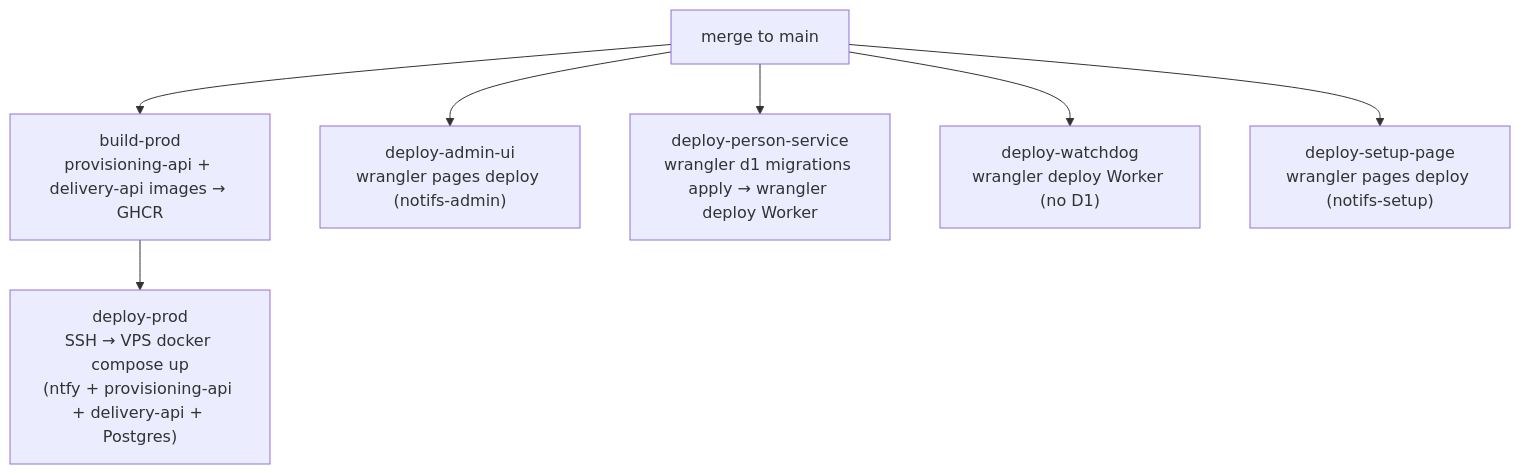
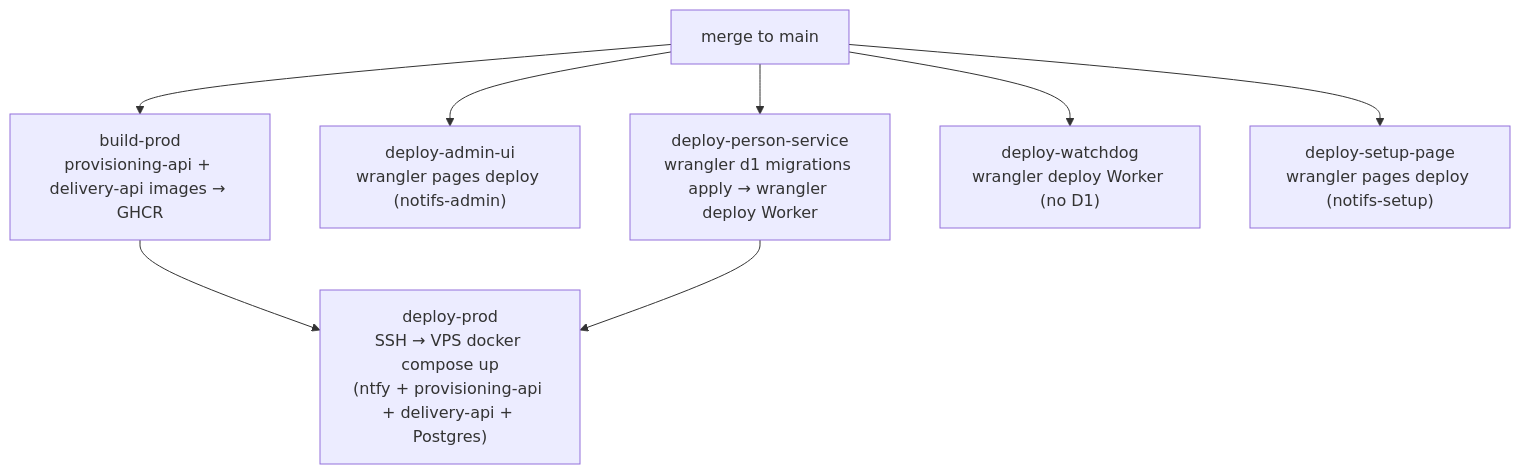
One commit to 4IRL/4irl-notifs changed the fourth of 4 diagrams in ARCHITECTURE.md. Above: the diagram before and after it, drawn with Mermaid. The commit also changed other lines of this file and 3 other files, not shown here.

````diff
--- a/ARCHITECTURE.md
+++ b/ARCHITECTURE.md
@@ -477,9 +560,10 @@
 ```mermaid
 graph TD
   M["merge to main"] --> B["build-prod<br/>provisioning-api + delivery-api images → GHCR"]
   B --> D1J["deploy-prod<br/>SSH → VPS docker compose up<br/>(ntfy + provisioning-api + delivery-api + Postgres)"]
   M --> D2["deploy-admin-ui<br/>wrangler pages deploy (notifs-admin)"]
   M --> D3["deploy-person-service<br/>wrangler d1 migrations apply → wrangler deploy Worker"]
+  D3 --> D1J
   M --> D4["deploy-watchdog<br/>wrangler deploy Worker (no D1)"]
   M --> D5["deploy-setup-page<br/>wrangler pages deploy (notifs-setup)"]
 ```
````
